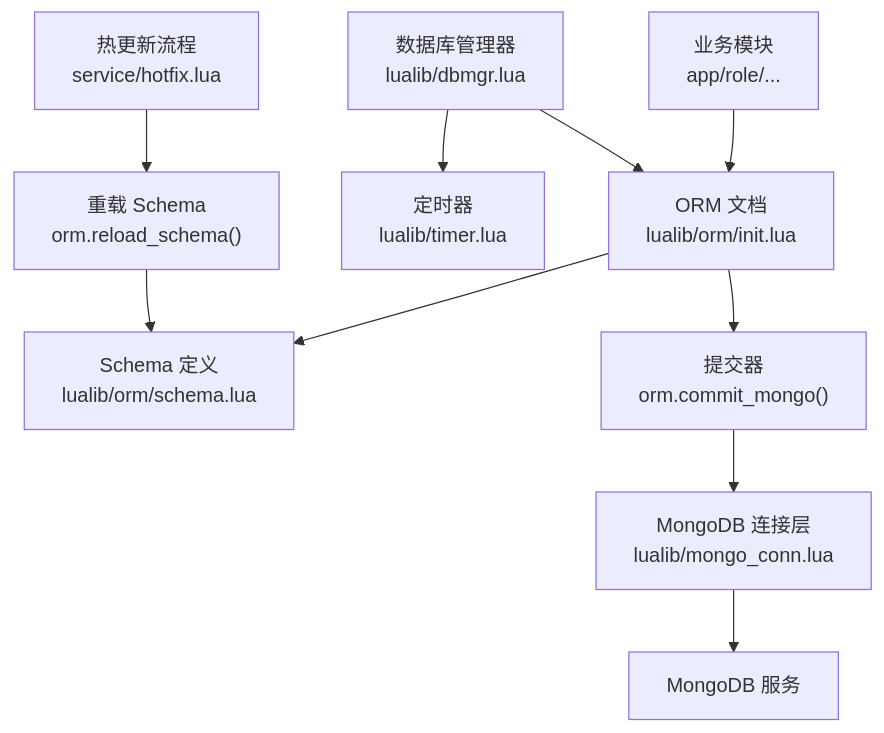
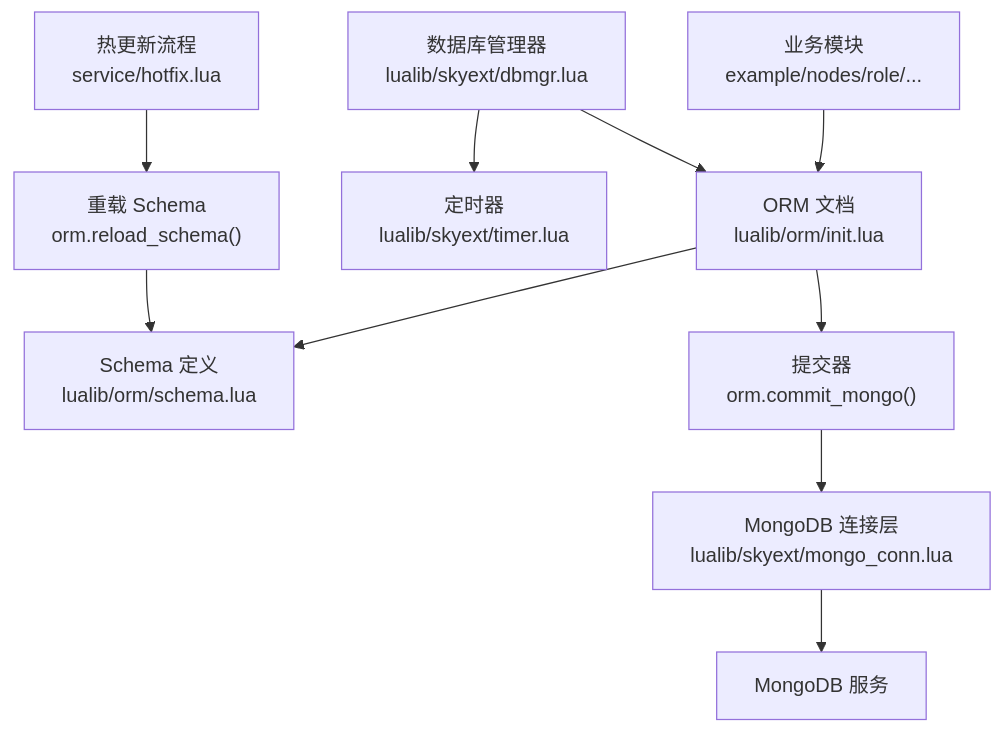
One commit to hanxi/skyext changed the first of 4 diagrams in docs/repowiki/zh/content/核心模块/ORM 框架/性能优化与最佳实践.md. Above: the diagram before and after it, drawn with Mermaid. The commit also changed other lines of this file and 117 other files, not shown here.

````diff
--- a/docs/repowiki/zh/content/核心模块/ORM 框架/性能优化与最佳实践.md
+++ b/docs/repowiki/zh/content/核心模块/ORM 框架/性能优化与最佳实践.md
@@ -32,12 +32,12 @@
 ```mermaid
 graph TB
-A["业务模块<br/>app/role/..."] --> B["ORM 文档<br/>lualib/orm/init.lua"]
+A["业务模块<br/>example/nodes/role/..."] --> B["ORM 文档<br/>lualib/orm/init.lua"]
 B --> C["Schema 定义<br/>lualib/orm/schema.lua"]
 B --> D["提交器<br/>orm.commit_mongo()"]
-D --> E["MongoDB 连接层<br/>lualib/mongo_conn.lua"]
+D --> E["MongoDB 连接层<br/>lualib/skyext/mongo_conn.lua"]
 E --> F["MongoDB 服务"]
-G["数据库管理器<br/>lualib/dbmgr.lua"] --> B
-G --> H["定时器<br/>lualib/timer.lua"]
+G["数据库管理器<br/>lualib/skyext/dbmgr.lua"] --> B
+G --> H["定时器<br/>lualib/skyext/timer.lua"]
 I["热更新流程<br/>service/hotfix.lua"] --> J["重载 Schema<br/>orm.reload_schema()"]
 J --> C
 ```
````
